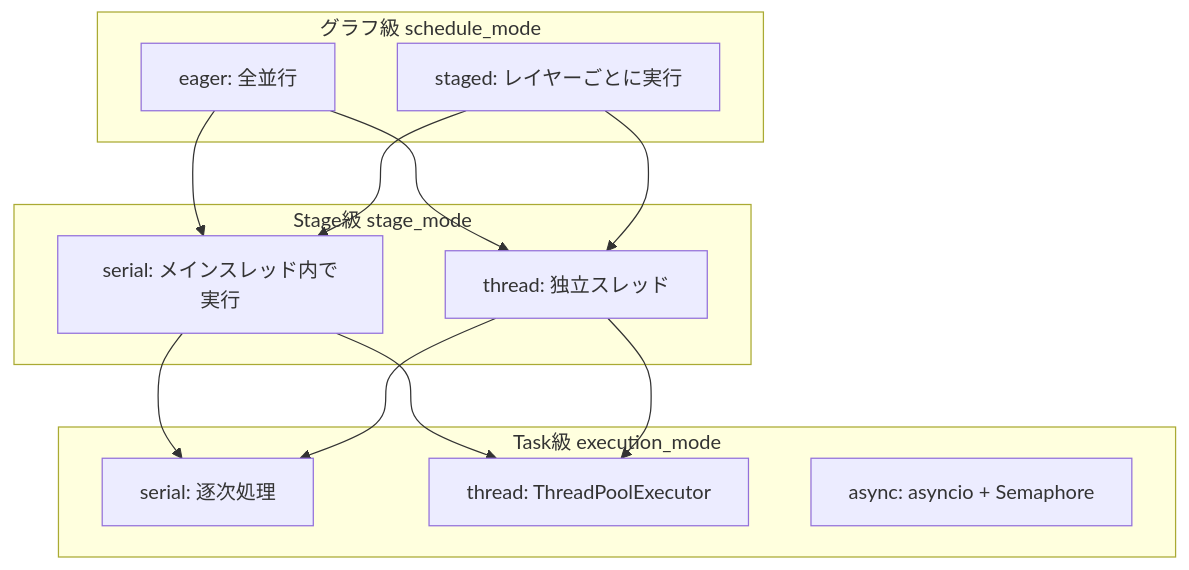
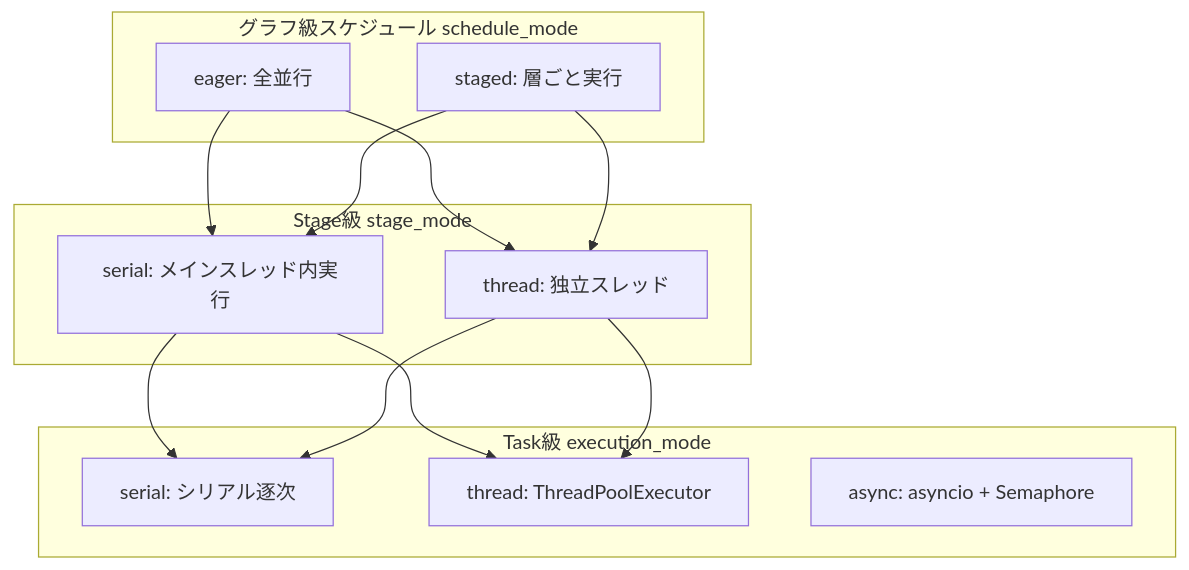
One commit to Mr-xiaotian/CelestialFlow changed the fourth of 9 diagrams in docs/ja/presentation.md. Above: the diagram before and after it, drawn with Mermaid. The commit also changed other lines of this file and 278 other files, not shown here.

````diff
--- a/docs/ja/presentation.md
+++ b/docs/ja/presentation.md
@@ -221,27 +221,27 @@
 ```mermaid
 graph TD
-    subgraph グラフ級 schedule_mode
+    subgraph グラフ級スケジュール schedule_mode
         A[eager: 全並行]
-        B[staged: レイヤーごとに実行]
+        B[staged: 層ごと実行]
     end
 
     subgraph Stage級 stage_mode
-        C[serial: メインスレッド内で実行]
+        C[serial: メインスレッド内実行]
         D[thread: 独立スレッド]
     end
 
     subgraph Task級 execution_mode
-        E[serial: 逐次処理]
+        E[serial: シリアル逐次]
         F[thread: ThreadPoolExecutor]
         H[async: asyncio + Semaphore]
     end
 
     A --> C
     A --> D
     B --> C
     B --> D
     C --> E
     C --> F
     D --> E
     D --> F
 ```
````
